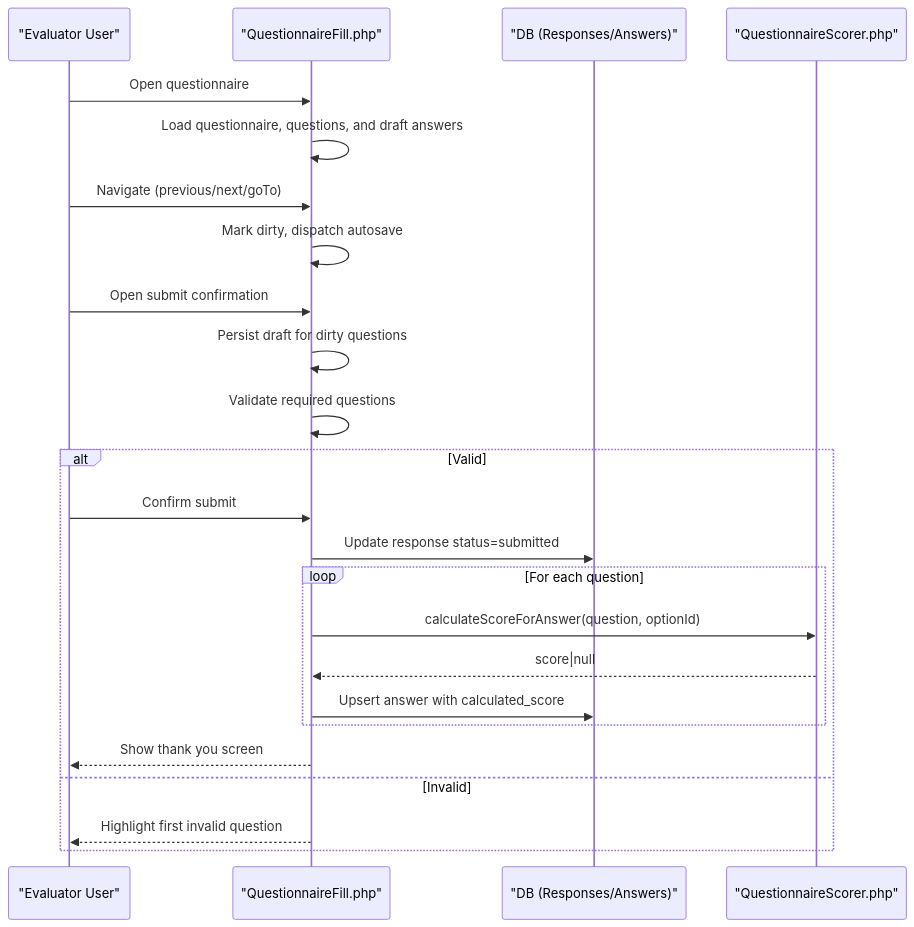
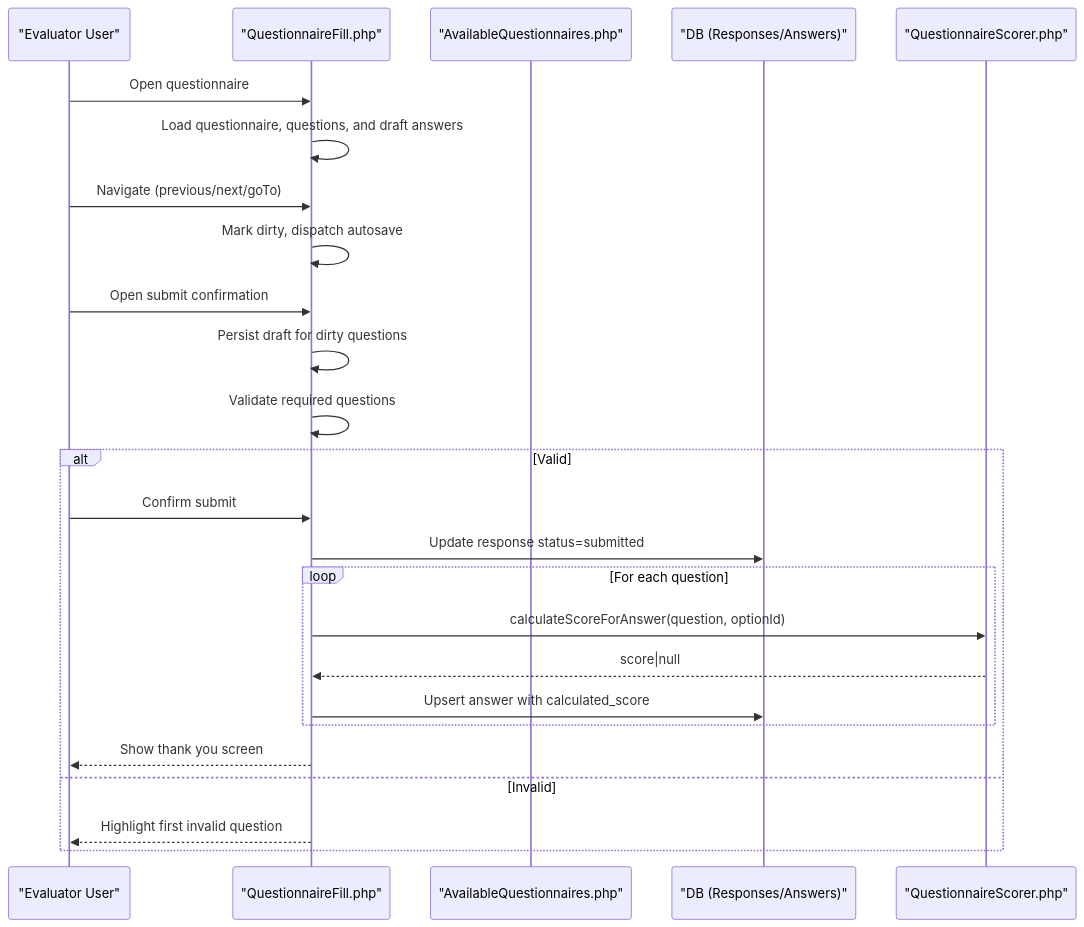
The fourth of 7 diagrams in .qoder/repowiki/en/content/Core Features/Evaluation Workflows/Evaluation Workflows.md (rudicatsmile/assesment360), drawn with Mermaid before and after one commit. The commit also changed other lines of this file and 5 other files, not shown here.

````diff
--- a/.qoder/repowiki/en/content/Core Features/Evaluation Workflows/Evaluation Workflows.md
+++ b/.qoder/repowiki/en/content/Core Features/Evaluation Workflows/Evaluation Workflows.md
@@ -226,26 +251,27 @@
 ```mermaid
 sequenceDiagram
 participant User as "Evaluator User"
 participant LW as "QuestionnaireFill.php"
+participant Groups as "AvailableQuestionnaires.php"
 participant DB as "DB (Responses/Answers)"
 participant Score as "QuestionnaireScorer.php"
 User->>LW : Open questionnaire
 LW->>LW : Load questionnaire, questions, and draft answers
 User->>LW : Navigate (previous/next/goTo)
 LW->>LW : Mark dirty, dispatch autosave
 User->>LW : Open submit confirmation
 LW->>LW : Persist draft for dirty questions
 LW->>LW : Validate required questions
 alt Valid
 User->>LW : Confirm submit
 LW->>DB : Update response status=submitted
 loop For each question
 LW->>Score : calculateScoreForAnswer(question, optionId)
 Score-->>LW : score|null
 LW->>DB : Upsert answer with calculated_score
 end
 LW-->>User : Show thank you screen
 else Invalid
 LW-->>User : Highlight first invalid question
 end
 ```
````
